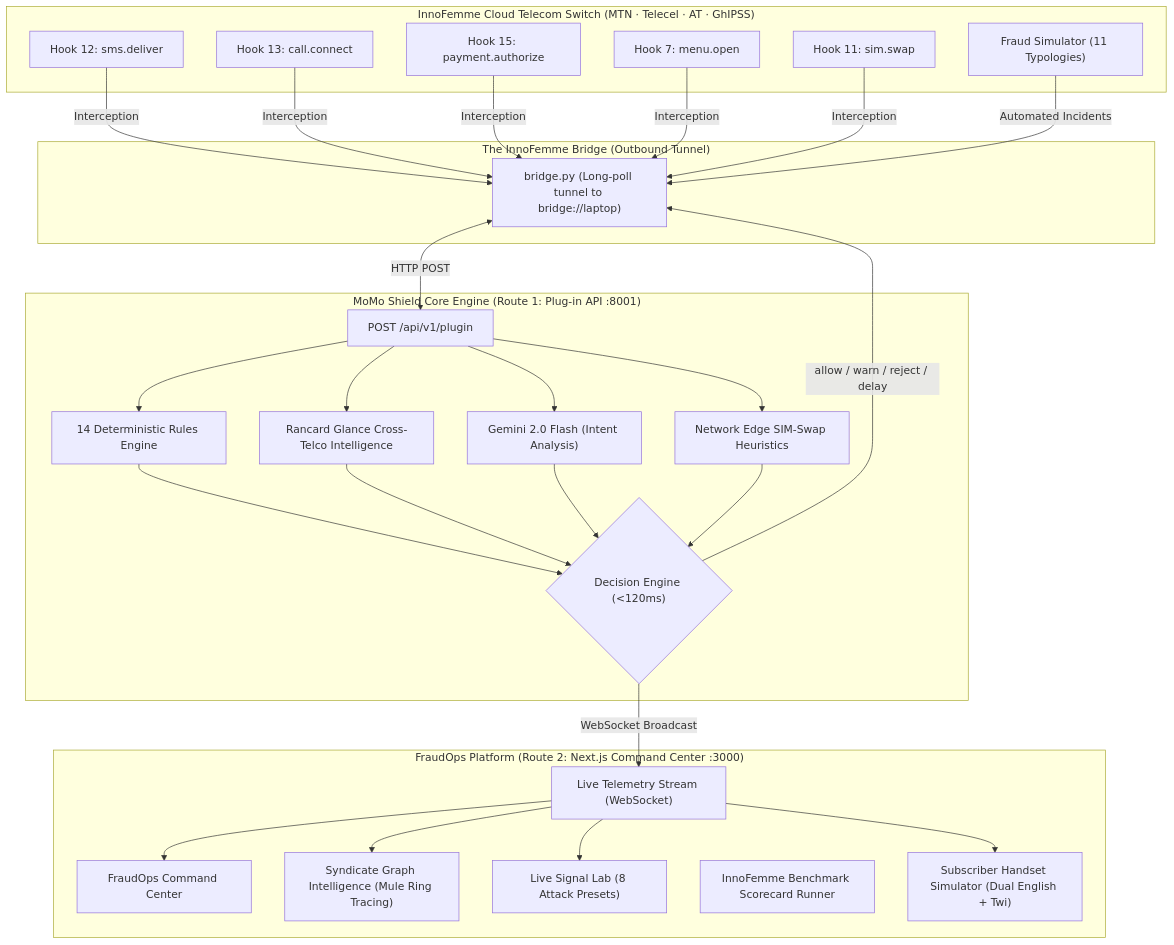
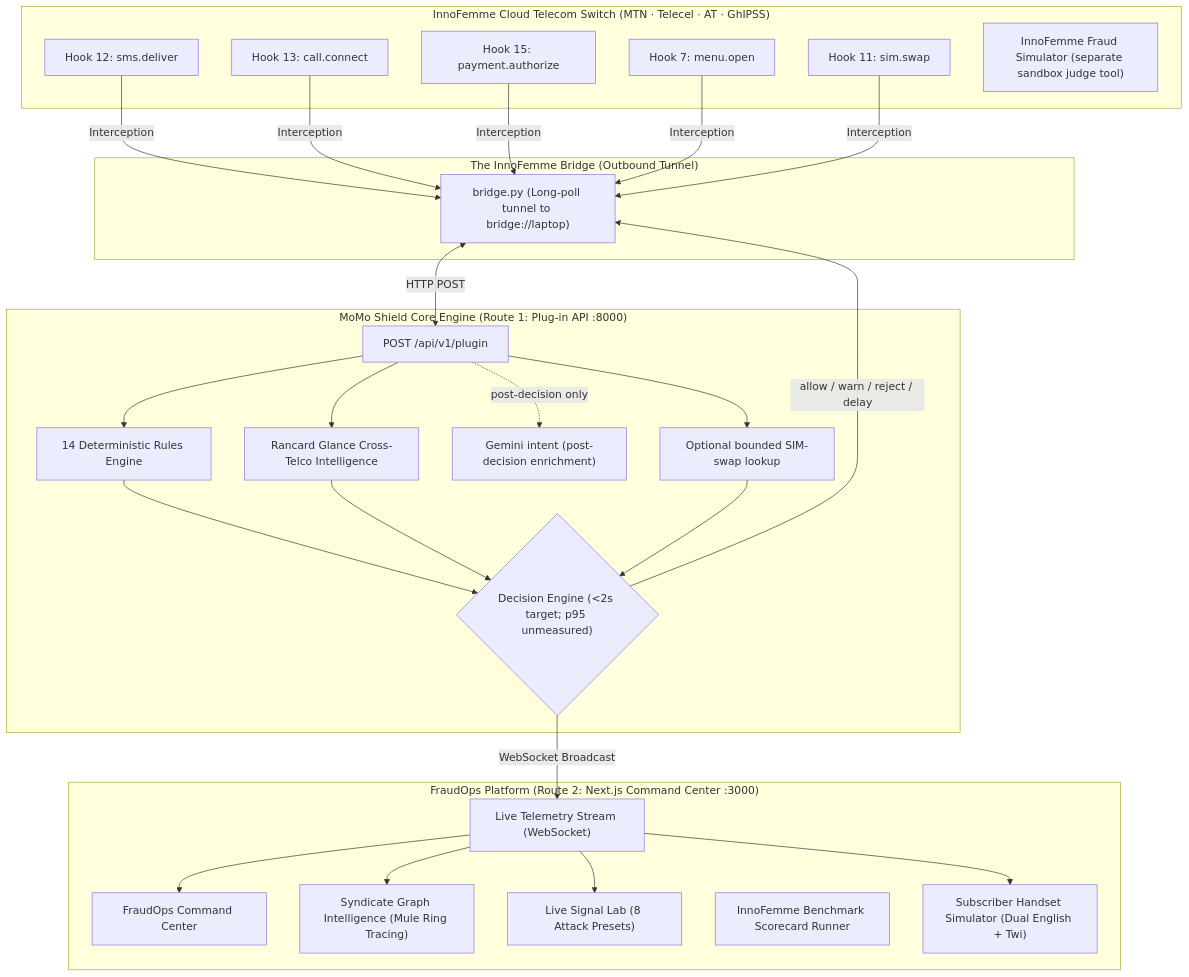
One commit to Damiennsoh/MoMo-Shield changed the diagram in MoMo-Shield-2/README.md. Above: the diagram before and after it, drawn with Mermaid. The commit also changed other lines of this file and 30 other files, not shown here.

````diff
--- a/MoMo-Shield-2/README.md
+++ b/MoMo-Shield-2/README.md
@@ -32,48 +30,48 @@
 ```mermaid
 flowchart TD
     subgraph InnoFemmeSandbox["InnoFemme Cloud Telecom Switch (MTN · Telecel · AT · GhIPSS)"]
         SMSHook["Hook 12: sms.deliver"]
         CallHook["Hook 13: call.connect"]
         PaymentHook["Hook 15: payment.authorize"]
         MenuHook["Hook 7: menu.open"]
         SimHook["Hook 11: sim.swap"]
-        FraudSim["Fraud Simulator (11 Typologies)"]
+        FraudSim["InnoFemme Fraud Simulator (separate sandbox judge tool)"]
     end
 
     subgraph BridgeTunnel["The InnoFemme Bridge (Outbound Tunnel)"]
         Bridge["bridge.py (Long-poll tunnel to bridge://laptop)"]
     end
 
-    subgraph MoMoShieldCore["MoMo Shield Core Engine (Route 1: Plug-in API :8001)"]
+    subgraph MoMoShieldCore["MoMo Shield Core Engine (Route 1: Plug-in API :8000)"]
         PluginRouter["POST /api/v1/plugin"]
         RulesEngine["14 Deterministic Rules Engine"]
         GlanceAPI["Rancard Glance Cross-Telco Intelligence"]
-        GeminiLLM["Gemini 2.0 Flash (Intent Analysis)"]
-        SIMCheck["Network Edge SIM-Swap Heuristics"]
-        DecisionEngine{"Decision Engine (<120ms)"}
+        GeminiLLM["Gemini intent (post-decision enrichment)"]
+        SIMCheck["Optional bounded SIM-swap lookup"]
+        DecisionEngine{"Decision Engine (<2s target; p95 unmeasured)"}
     end
 
     subgraph MoMoShieldOps["FraudOps Platform (Route 2: Next.js Command Center :3000)"]
         WebSocketFeed["Live Telemetry Stream (WebSocket)"]
         CommandCenter["FraudOps Command Center"]
         SyndicateGraph["Syndicate Graph Intelligence (Mule Ring Tracing)"]
         SignalLab["Live Signal Lab (8 Attack Presets)"]
         ScorecardModal["InnoFemme Benchmark Scorecard Runner"]
         HandsetSim["Subscriber Handset Simulator (Dual English + Twi)"]
     end
 
     SMSHook -->|Interception| Bridge
     CallHook -->|Interception| Bridge
     PaymentHook -->|Interception| Bridge
     MenuHook -->|Interception| Bridge
     SimHook -->|Interception| Bridge
-    FraudSim -->|Automated Incidents| Bridge
 
     Bridge <-->|HTTP POST| PluginRouter
-    PluginRouter --> RulesEngine & GlanceAPI & GeminiLLM & SIMCheck
-    RulesEngine & GlanceAPI & GeminiLLM & SIMCheck --> DecisionEngine
+    PluginRouter --> RulesEngine & GlanceAPI & SIMCheck
+    RulesEngine & GlanceAPI & SIMCheck --> DecisionEngine
+    PluginRouter -. post-decision only .-> GeminiLLM
 
     DecisionEngine -->|allow / warn / reject / delay| Bridge
     DecisionEngine -->|WebSocket Broadcast| WebSocketFeed
     WebSocketFeed --> CommandCenter & SyndicateGraph & SignalLab & HandsetSim
 ```
````
